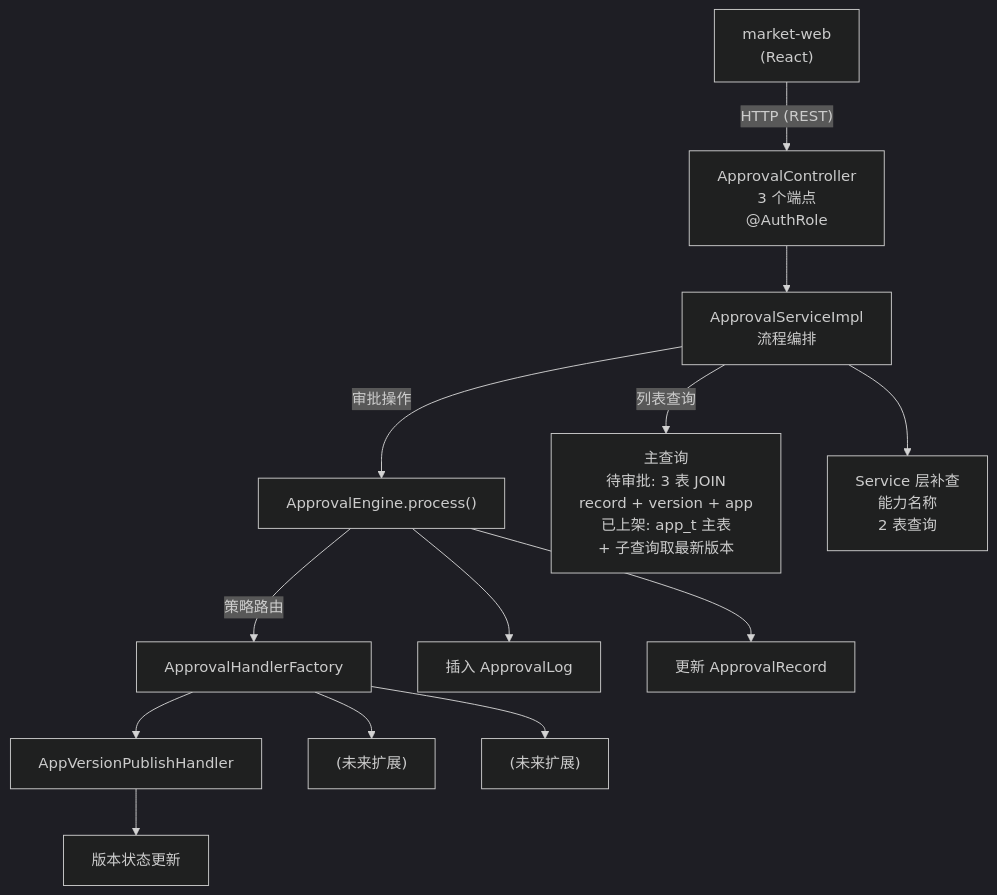
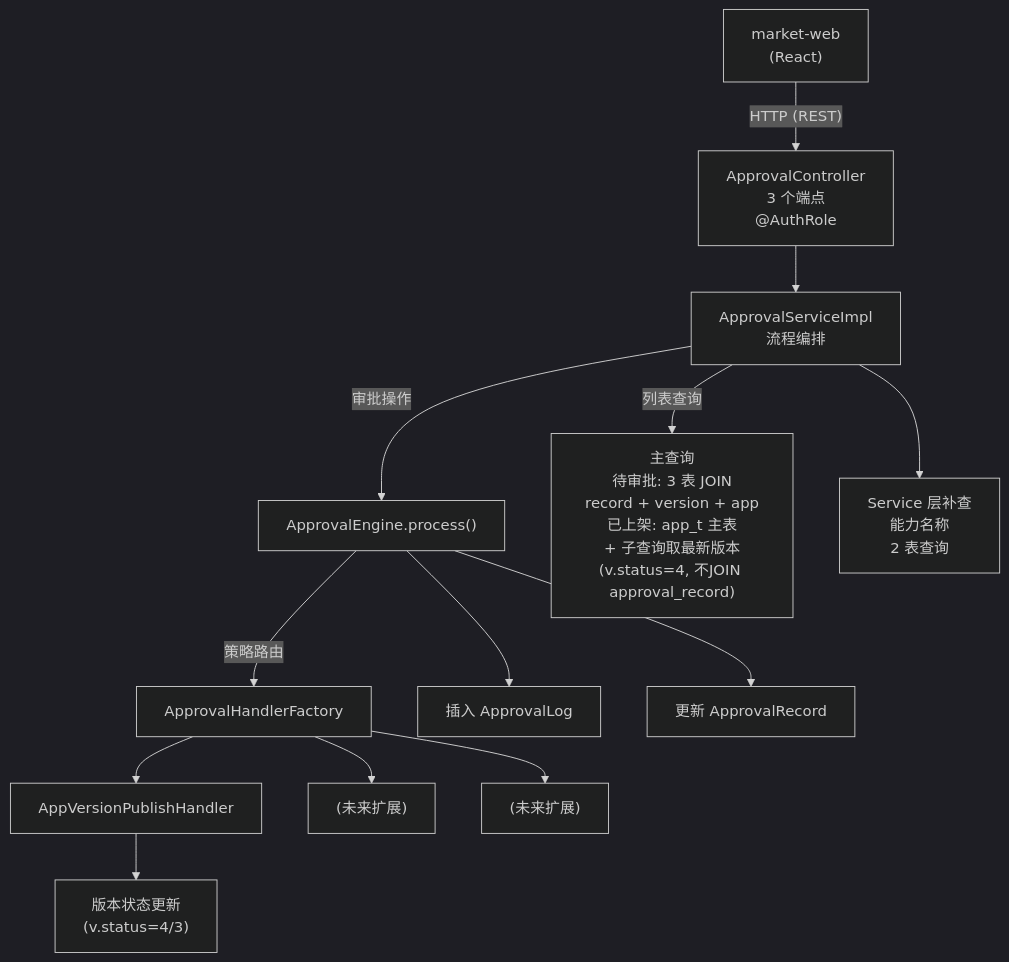
Before and after one commit to THZSummer/open-app: the second of 7 diagrams in docs/market-server/approval-management-requirement.md, drawn with Mermaid (dark theme). The commit also changed other lines of this file and 2 other files, not shown here.

````diff
--- a/docs/market-server/approval-management-requirement.md
+++ b/docs/market-server/approval-management-requirement.md
@@ -290,24 +291,24 @@
 ```mermaid
 graph TD
     web["market-web<br/>(React)"]
     controller["ApprovalController<br/>3 个端点<br/>@AuthRole"]
     service["ApprovalServiceImpl<br/>流程编排"]
     engine["ApprovalEngine.process()"]
     factory["ApprovalHandlerFactory"]
     handler1["AppVersionPublishHandler"]
     handler2["(未来扩展)"]
     handler3["(未来扩展)"]
 
     web -- "HTTP (REST)" --> controller
     controller --> service
-    service -- "列表查询" --> db_query["主查询<br/>待审批: 3 表 JOIN<br/>record + version + app<br/>已上架: app_t 主表<br/>+ 子查询取最新版本"]
+    service -- "列表查询" --> db_query["主查询<br/>待审批: 3 表 JOIN<br/>record + version + app<br/>已上架: app_t 主表<br/>+ 子查询取最新版本<br/>(v.status=4, 不JOIN approval_record)"]
     service --> db_query2["Service 层补查<br/>能力名称<br/>2 表查询"]
     service -- "审批操作" --> engine
     engine --> log["插入 ApprovalLog"]
     engine --> update["更新 ApprovalRecord"]
     engine -- "策略路由" --> factory
     factory --> handler1
     factory --> handler2
     factory --> handler3
-    handler1 --> biz["版本状态更新"]
+    handler1 --> biz["版本状态更新<br/>(v.status=4/3)"]
 ```
````
